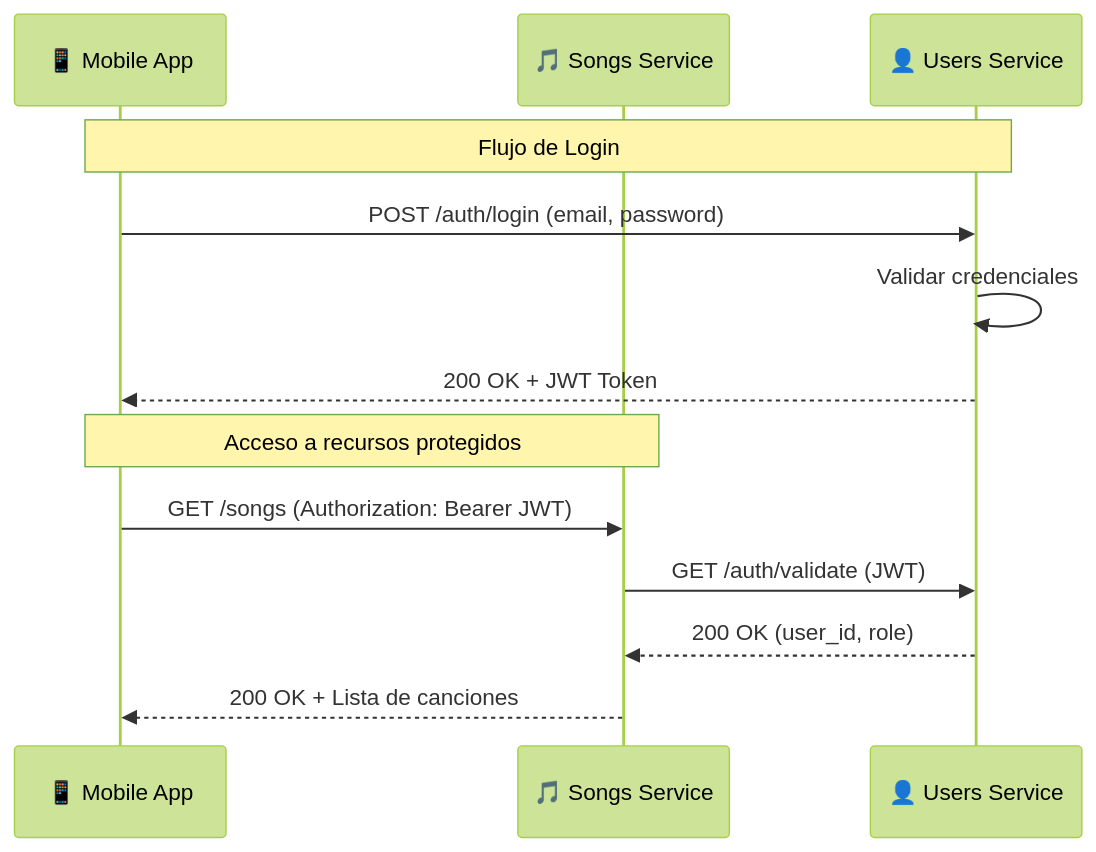
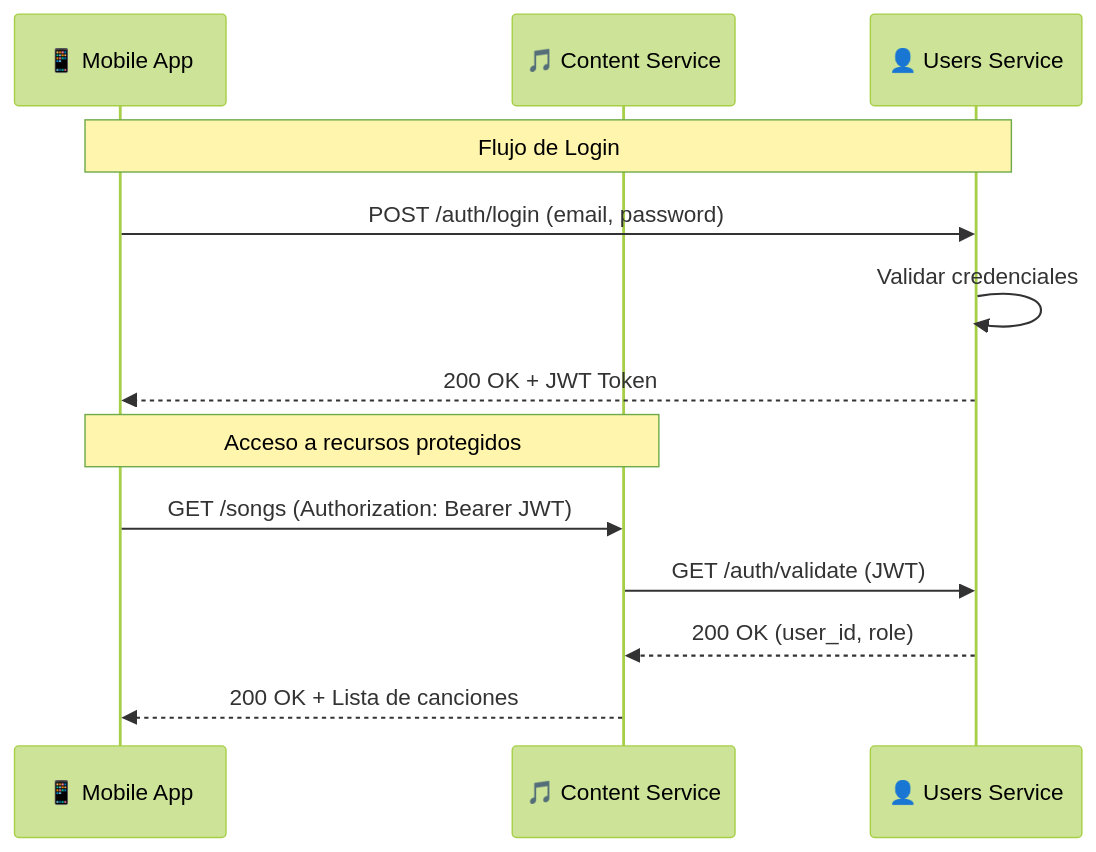
One commit to Melodia-FIUBA/docs changed the third of 5 diagrams in docs/architecture.md. Above: the diagram before and after it, drawn with Mermaid (forest theme). The commit also changed other lines of this file and 9 other files, not shown here.

Commit message:
change songs service for content service

````diff
--- a/docs/architecture.md
+++ b/docs/architecture.md
@@ -135,17 +133,17 @@
 ```mermaid
 sequenceDiagram
     participant App as 📱 Mobile App
-    participant Songs as 🎵 Songs Service
+    participant Songs as 🎵 Content Service
     participant Users as 👤 Users Service
 
     Note over App,Users: Flujo de Login
     App->>Users: POST /auth/login (email, password)
     Users->>Users: Validar credenciales
     Users-->>App: 200 OK + JWT Token
 
     Note over App,Songs: Acceso a recursos protegidos
     App->>Songs: GET /songs (Authorization: Bearer JWT)
     Songs->>Users: GET /auth/validate (JWT)
     Users-->>Songs: 200 OK (user_id, role)
     Songs-->>App: 200 OK + Lista de canciones
 ```
````
